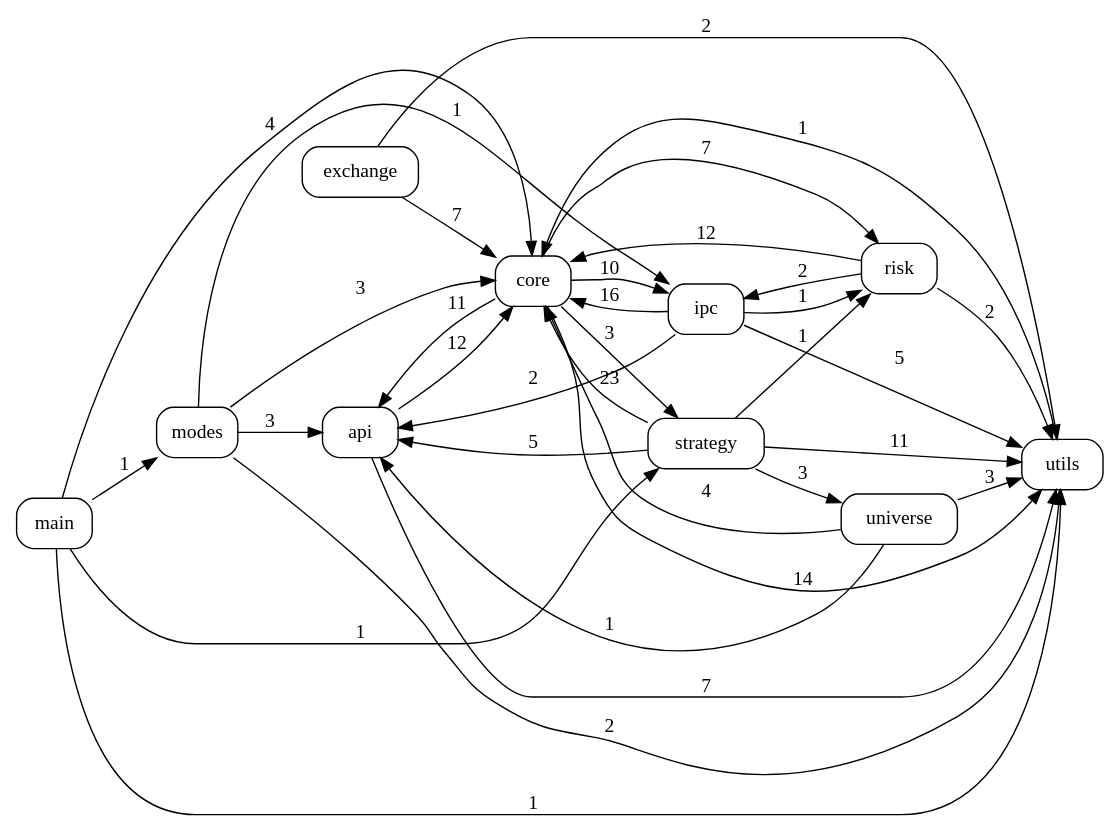
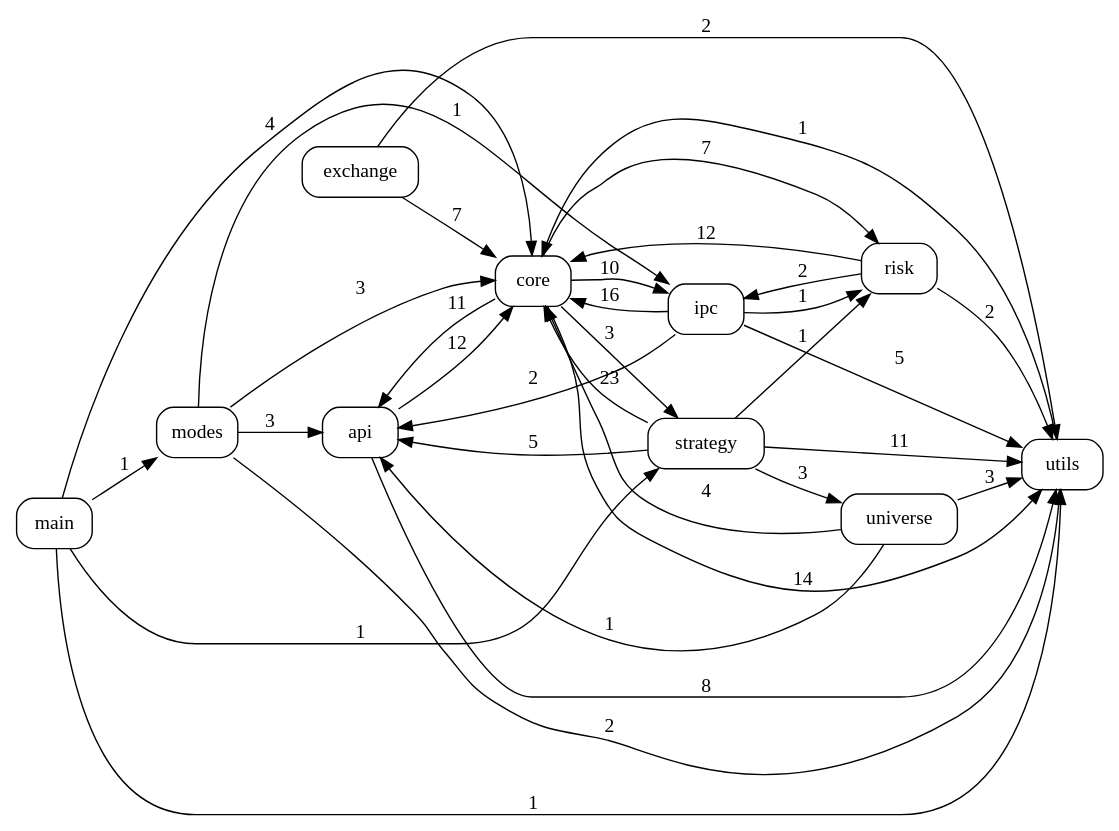
One commit to pypy8171/Quant changed the diagram in docs/code_graph.dot. Above: the diagram before and after it, drawn with Graphviz. The commit also changed 11 other files, not shown here.

```diff
--- a/docs/code_graph.dot
+++ b/docs/code_graph.dot
@@ -1,47 +1,47 @@
 digraph code_graph {
   rankdir=LR;
   node [shape=box, style=rounded, fontname="Consolas"];
   "api";
   "core";
   "exchange";
   "ipc";
   "main";
   "modes";
   "risk";
   "strategy";
   "universe";
   "utils";
   "api" -> "core" [label="12"];
-  "api" -> "utils" [label="7"];
+  "api" -> "utils" [label="8"];
   "core" -> "api" [label="11"];
   "core" -> "ipc" [label="10"];
   "core" -> "risk" [label="7"];
   "core" -> "strategy" [label="3"];
   "core" -> "utils" [label="14"];
   "exchange" -> "core" [label="7"];
   "exchange" -> "utils" [label="2"];
   "ipc" -> "api" [label="2"];
   "ipc" -> "core" [label="16"];
   "ipc" -> "risk" [label="1"];
   "ipc" -> "utils" [label="5"];
   "main" -> "core" [label="4"];
   "main" -> "modes" [label="1"];
   "main" -> "strategy" [label="1"];
   "main" -> "utils" [label="1"];
   "modes" -> "api" [label="3"];
   "modes" -> "core" [label="3"];
   "modes" -> "ipc" [label="1"];
   "modes" -> "utils" [label="2"];
   "risk" -> "core" [label="12"];
   "risk" -> "ipc" [label="2"];
   "risk" -> "utils" [label="2"];
   "strategy" -> "api" [label="5"];
   "strategy" -> "core" [label="23"];
   "strategy" -> "risk" [label="1"];
   "strategy" -> "universe" [label="3"];
   "strategy" -> "utils" [label="11"];
   "universe" -> "api" [label="1"];
   "universe" -> "core" [label="4"];
   "universe" -> "utils" [label="3"];
   "utils" -> "core" [label="1"];
 }
```
